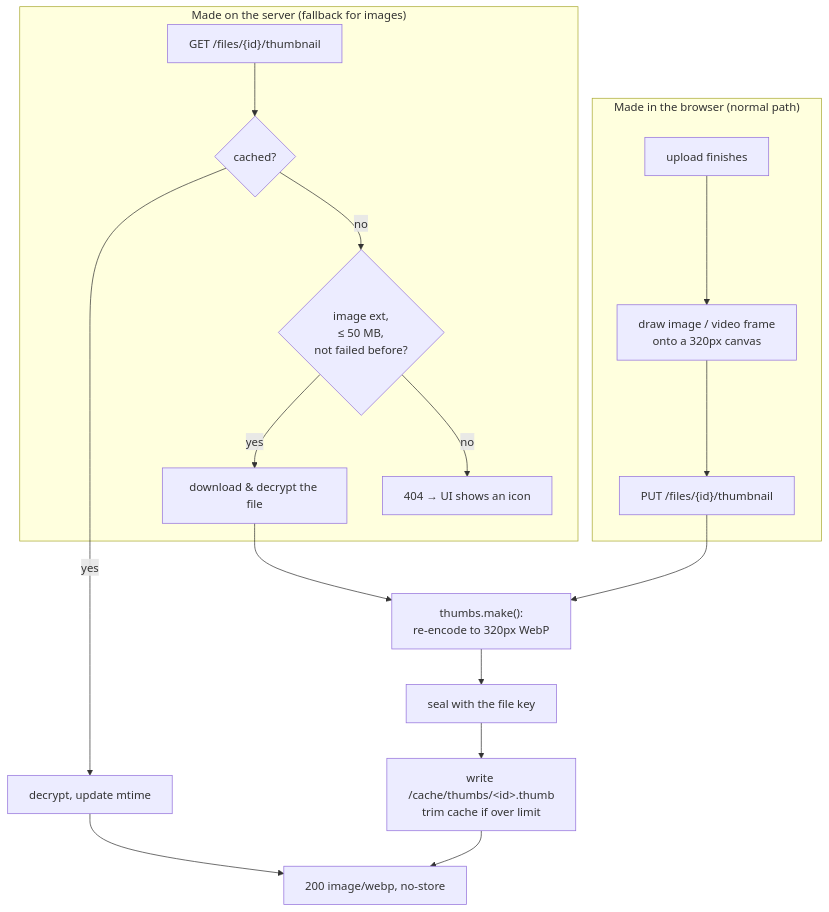
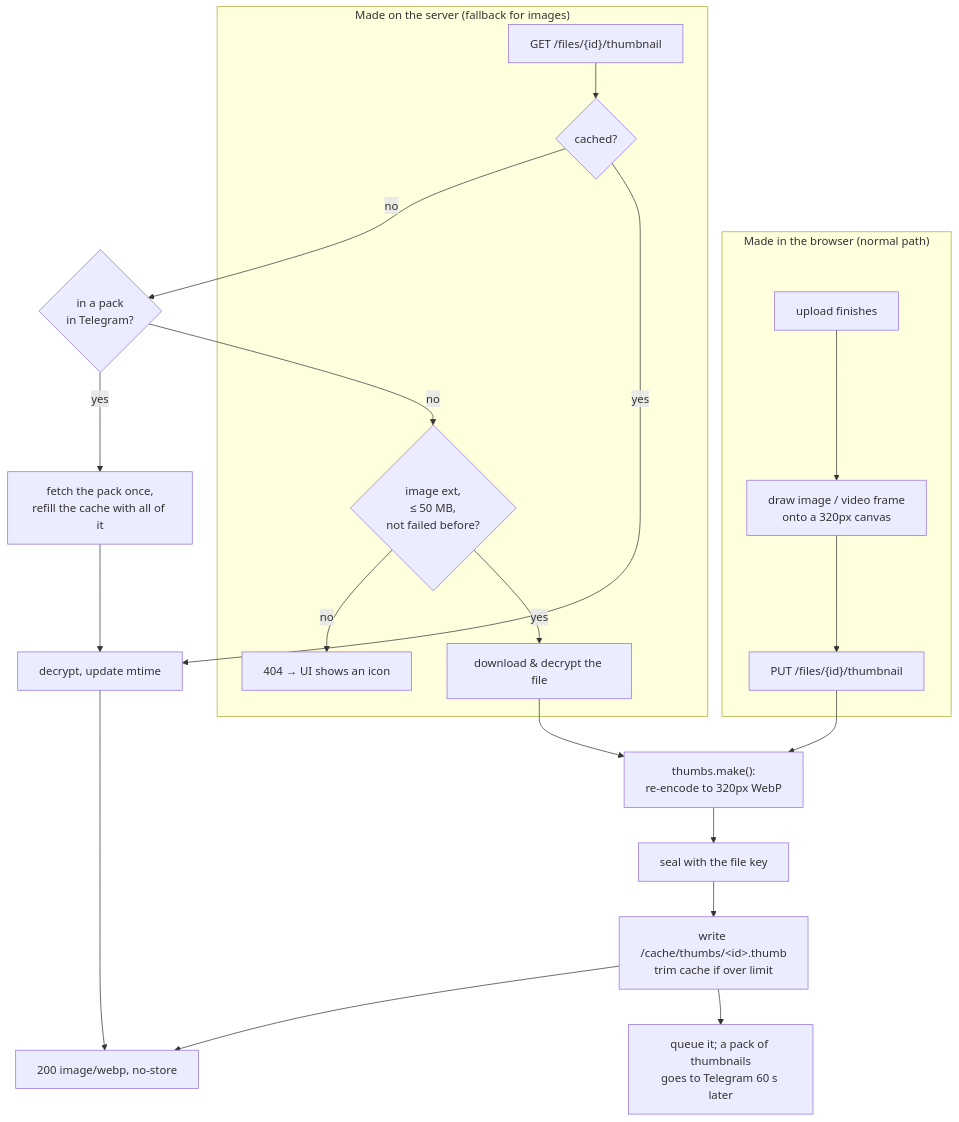
The ninth of 11 diagrams in docs/flows.md (iusekarma/tgdrive), drawn with Mermaid before and after one commit. The commit also changed other lines of this file and 18 other files, not shown here.

````diff
--- a/docs/flows.md
+++ b/docs/flows.md
@@ -247,17 +247,21 @@
 ```mermaid
 flowchart TD
     subgraph BR["Made in the browser (normal path)"]
         U1["upload finishes"] --> U2["draw image / video frame<br/>onto a 320px canvas"] --> U3["PUT /files/{id}/thumbnail"]
     end
     subgraph SV["Made on the server (fallback for images)"]
         G1["GET /files/{id}/thumbnail"] --> G2{"cached?"}
-        G2 -- no --> G3{"image ext,<br/>≤ 50 MB,<br/>not failed before?"}
+        G3{"image ext,<br/>≤ 50 MB,<br/>not failed before?"}
         G3 -- no --> G404["404 → UI shows an icon"]
         G3 -- yes --> G4["download & decrypt the file"]
     end
     U3 --> M
     G4 --> M["thumbs.make():<br/>re-encode to 320px WebP"]
     M --> E["seal with the file key"] --> W["write /cache/thumbs/&lt;id&gt;.thumb<br/>trim cache if over limit"]
+    G2 -- no --> TG{"in a pack<br/>in Telegram?"}
+    TG -- yes --> P["fetch the pack once,<br/>refill the cache with all of it"] --> D
+    TG -- no --> G3
     G2 -- yes --> D["decrypt, update mtime"] --> OUT["200 image/webp, no-store"]
     W --> OUT
+    W --> Q["queue it; a pack of thumbnails<br/>goes to Telegram 60 s later"]
 ```
````
